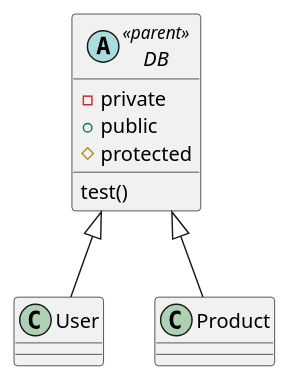
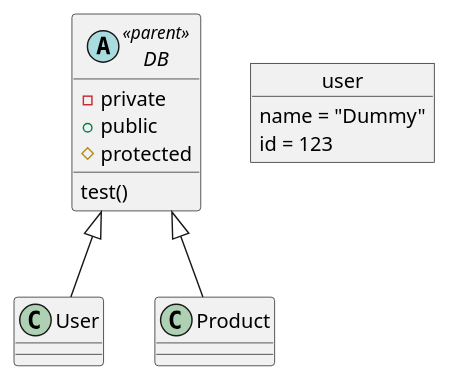
The diagram in app/blogModels.pu (mbrick02/PHPMBBlog), drawn with PlantUML before and after one commit.

Commit message:
blogModel diagram

```diff
--- a/app/blogModels.pu
+++ b/app/blogModels.pu
@@ -1,20 +1,23 @@
 @startuml
 abstract class DB <<parent>>{
   -private
   +public
   #protected
   test()
 }
 DB <|-- User
 DB <|-- Product
 
 class User{
 
 }
-
+object user {
+  name = "Dummy"
+  id = 123
+}
 class Product{
 
 }
 
 
 @enduml
```
